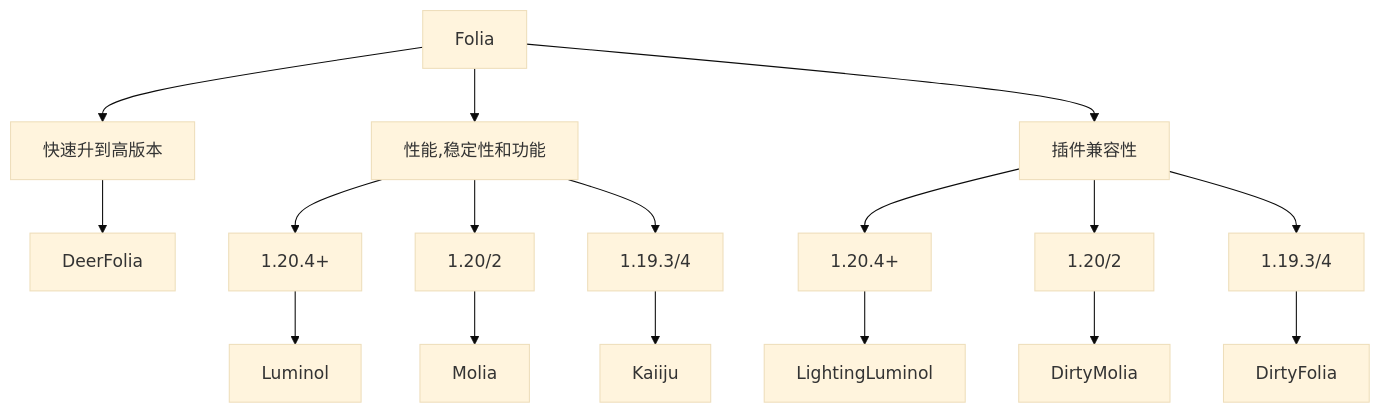
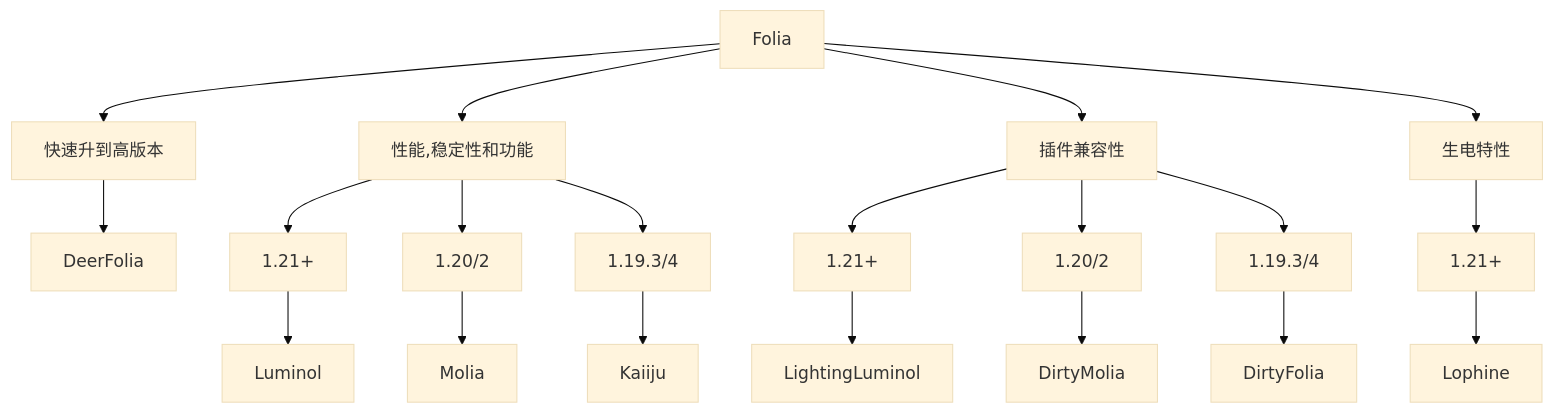
Before and after one commit to cygbs/NitWikit: the diagram in docs-java/start/server-core-choose/folia/folia.md, drawn with Mermaid (base theme). The commit also changed other lines of this file and 2 other files, not shown here.

````diff
--- a/docs-java/start/server-core-choose/folia/folia.md
+++ b/docs-java/start/server-core-choose/folia/folia.md
@@ -55,14 +55,16 @@
 ```mermaid
 flowchart TD
     A[Folia]
     A --> B[快速升到高版本]
     A --> C[性能,稳定性和功能]
     A --> D[插件兼容性]
+    A --> E[生电特性]
     B --> DeerFolia
-    C --> E[1.20.4+] --> Luminol
-    C --> F[1.20/2] --> Molia
-    C --> G[1.19.3/4] --> Kaiiju
-    D --> 1.20.4+ --> LightingLuminol
-    D --> 1.20/2 --> DirtyMolia
-    D --> 1.19.3/4 --> DirtyFolia
+    C --> F[1.21+] --> Luminol
+    C --> G[1.20/2] --> Molia
+    C --> H[1.19.3/4] --> Kaiiju
+    D --> I[1.21+] --> LightingLuminol
+    D --> J[1.20/2] --> DirtyMolia
+    D --> K[1.19.3/4] --> DirtyFolia
+    E --> L[1.21+] --> Lophine
 ```
````
